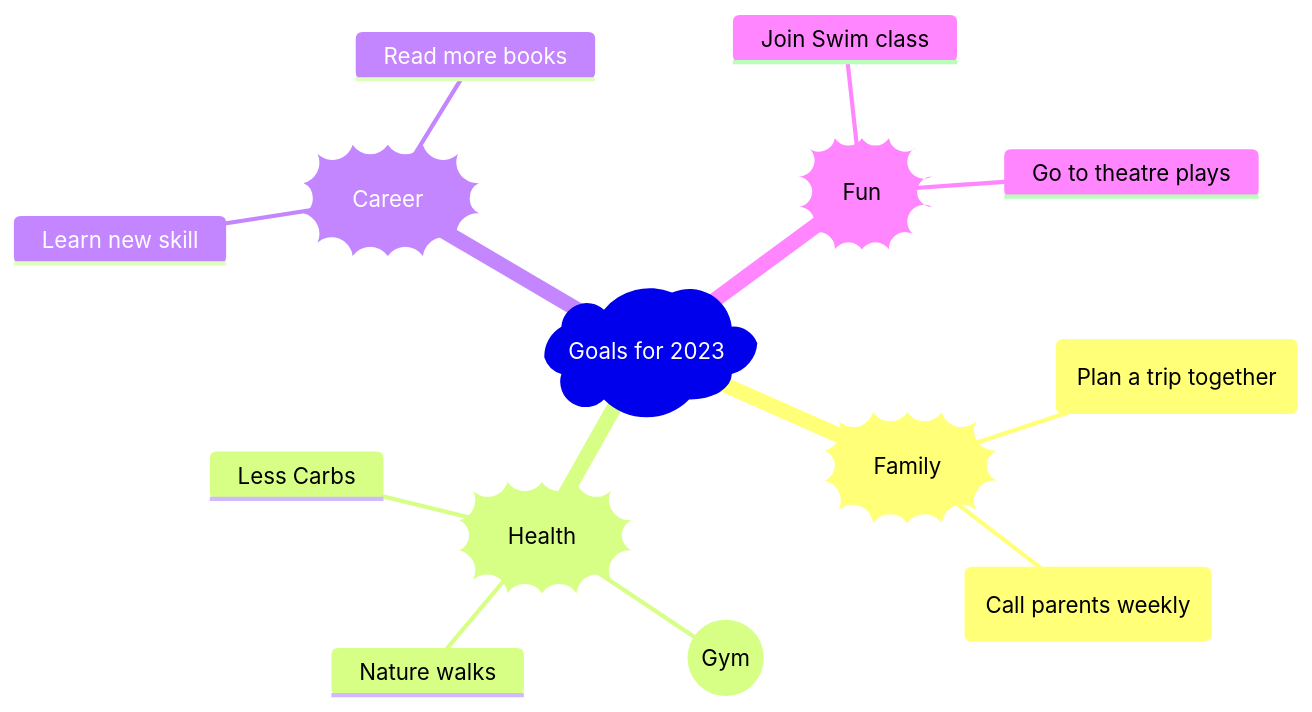
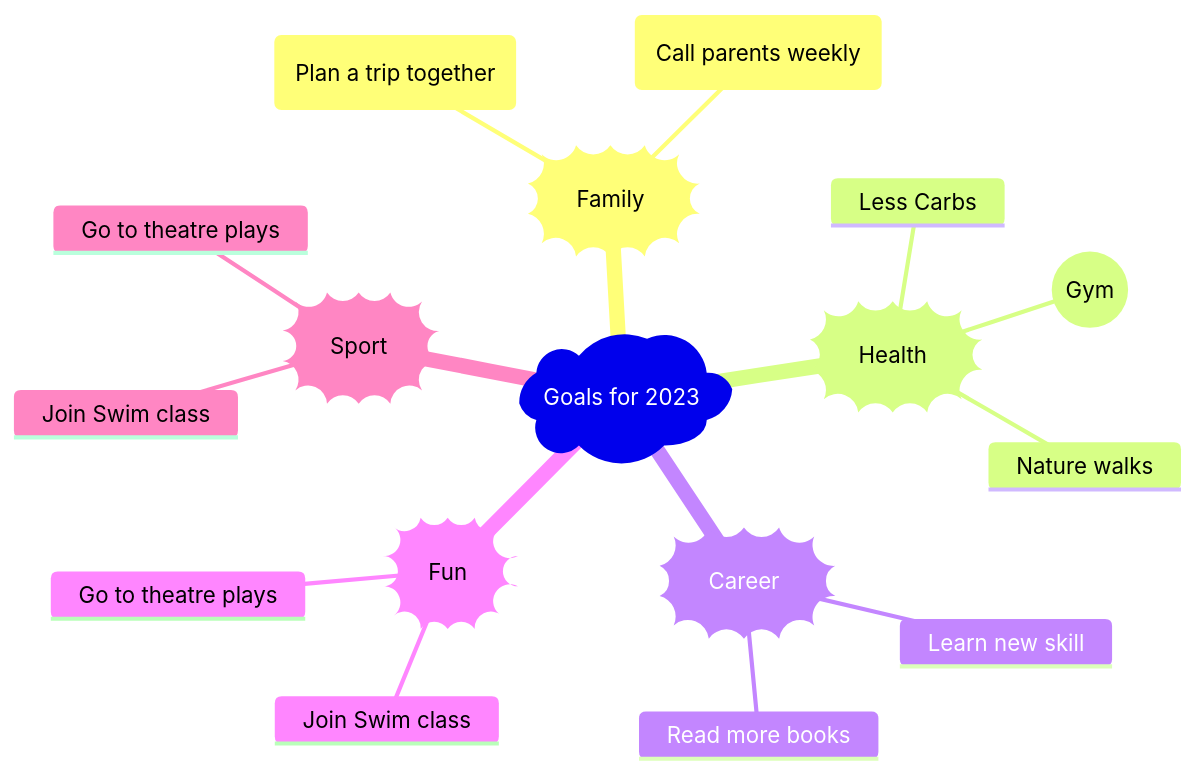
One commit to KUDIDUK/diagramming changed the fifth of 6 diagrams in markdown/mermaid.md. Above: the diagram before and after it, drawn with Mermaid. The commit also changed 3 other files, not shown here.

````diff
--- a/markdown/mermaid.md
+++ b/markdown/mermaid.md
@@ -67,17 +67,20 @@
 ```mermaid
     mindmap
     )Goals for 2023(
         ))Family((
             (Plan a trip together)
             (Call parents weekly)
         ))Health((
             Less Carbs
             ((Gym))
             Nature walks
         ))Career((
             Learn new skill
             Read more books
         ))Fun((
             Join Swim class
             Go to theatre plays
+        ))Sport((
+            Join Swim class
+            Go to theatre plays
 ```
````
